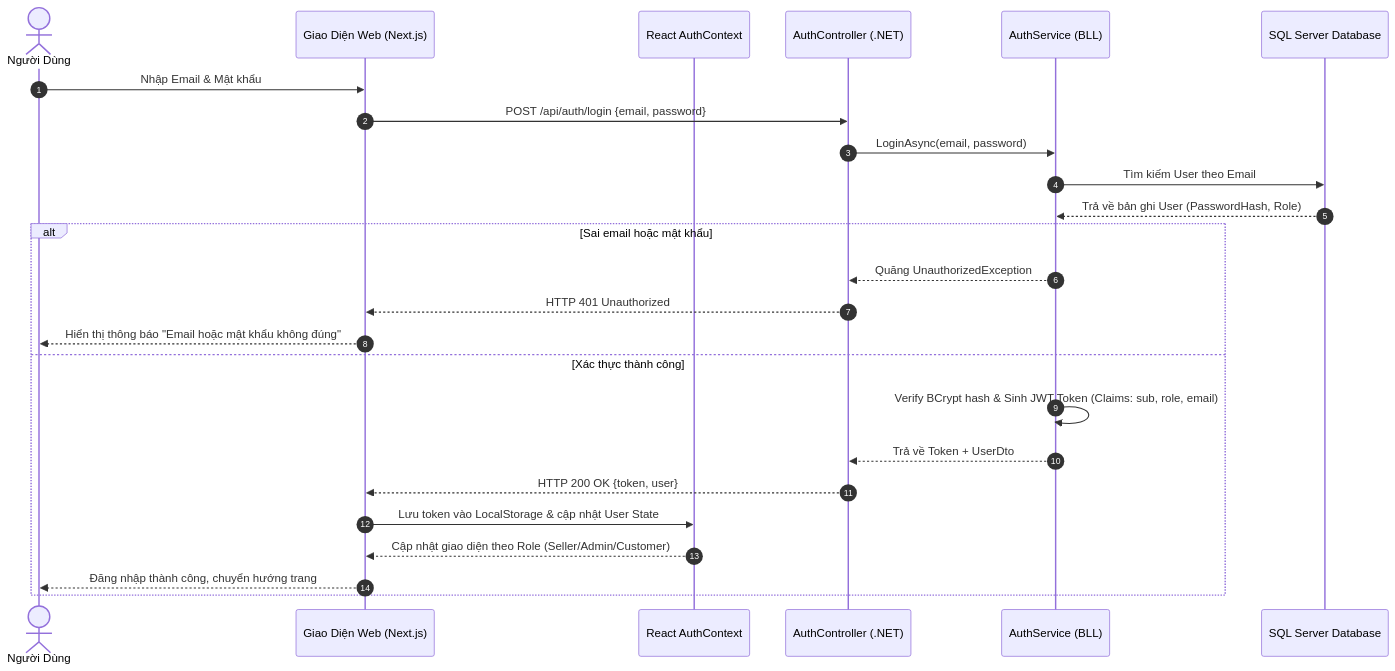
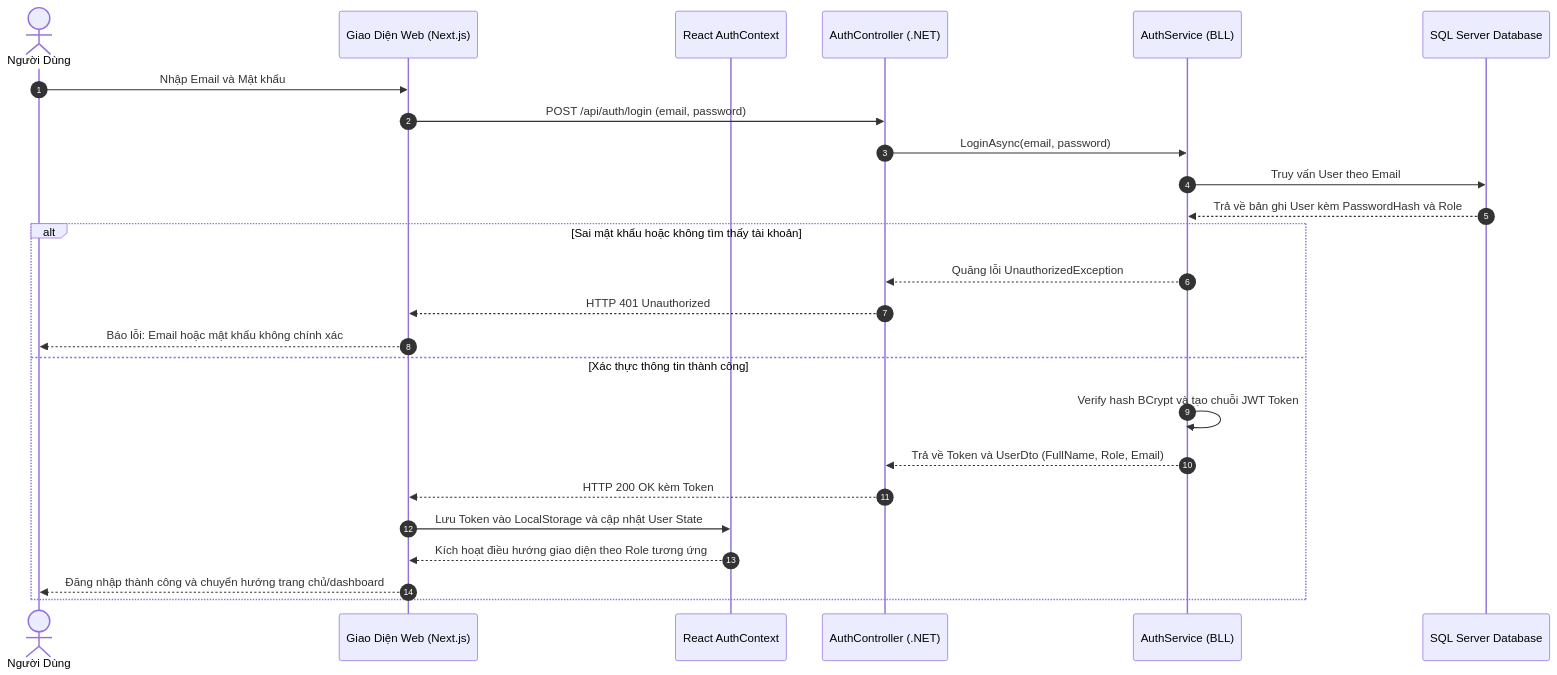
The tenth of 16 diagrams in BAO_CAO_THIET_KE_HE_THONG.md (longthan12334/He-thong-thuong-mai-ien-tu-tich-hop-AI), drawn with Mermaid before and after one commit. The commit also changed other lines of this file, not shown here.

````diff
--- a/BAO_CAO_THIET_KE_HE_THONG.md
+++ b/BAO_CAO_THIET_KE_HE_THONG.md
@@ -423,29 +490,29 @@
 ```mermaid
 sequenceDiagram
     autonumber
     actor User as Người Dùng
     participant UI as Giao Diện Web (Next.js)
     participant AuthContext as React AuthContext
     participant AuthAPI as AuthController (.NET)
     participant AuthService as AuthService (BLL)
     participant DB as SQL Server Database
 
-    User->>UI: Nhập Email & Mật khẩu
-    UI->>AuthAPI: POST /api/auth/login {email, password}
+    User->>UI: Nhập Email và Mật khẩu
+    UI->>AuthAPI: POST /api/auth/login (email, password)
     AuthAPI->>AuthService: LoginAsync(email, password)
-    AuthService->>DB: Tìm kiếm User theo Email
-    DB-->>AuthService: Trả về bản ghi User (PasswordHash, Role)
+    AuthService->>DB: Truy vấn User theo Email
+    DB-->>AuthService: Trả về bản ghi User kèm PasswordHash và Role
     
-    alt Sai email hoặc mật khẩu
-        AuthService-->>AuthAPI: Quăng UnauthorizedException
+    alt Sai mật khẩu hoặc không tìm thấy tài khoản
+        AuthService-->>AuthAPI: Quăng lỗi UnauthorizedException
         AuthAPI-->>UI: HTTP 401 Unauthorized
-        UI-->>User: Hiển thị thông báo "Email hoặc mật khẩu không đúng"
-    else Xác thực thành công
-        AuthService->>AuthService: Verify BCrypt hash & Sinh JWT Token (Claims: sub, role, email)
-        AuthService-->>AuthAPI: Trả về Token + UserDto
-        AuthAPI-->>UI: HTTP 200 OK {token, user}
-        UI->>AuthContext: Lưu token vào LocalStorage & cập nhật User State
-        AuthContext-->>UI: Cập nhật giao diện theo Role (Seller/Admin/Customer)
-        UI-->>User: Đăng nhập thành công, chuyển hướng trang
+        UI-->>User: Báo lỗi: Email hoặc mật khẩu không chính xác
+    else Xác thực thông tin thành công
+        AuthService->>AuthService: Verify hash BCrypt và tạo chuỗi JWT Token
+        AuthService-->>AuthAPI: Trả về Token và UserDto (FullName, Role, Email)
+        AuthAPI-->>UI: HTTP 200 OK kèm Token
+        UI->>AuthContext: Lưu Token vào LocalStorage và cập nhật User State
+        AuthContext-->>UI: Kích hoạt điều hướng giao diện theo Role tương ứng
+        UI-->>User: Đăng nhập thành công và chuyển hướng trang chủ/dashboard
     end
 ```
````
